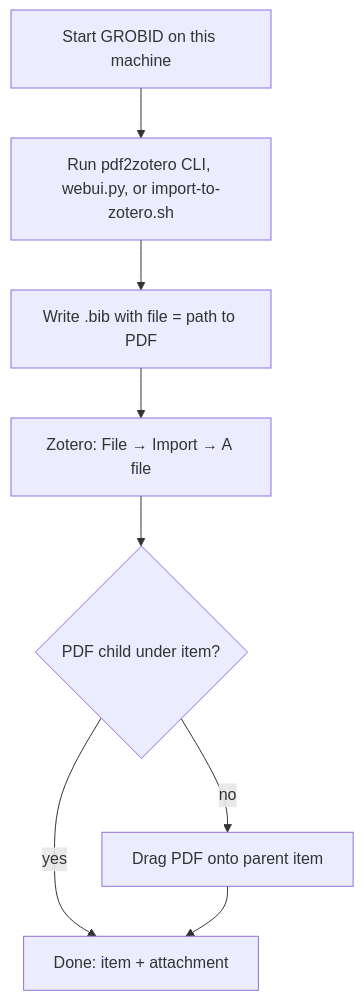
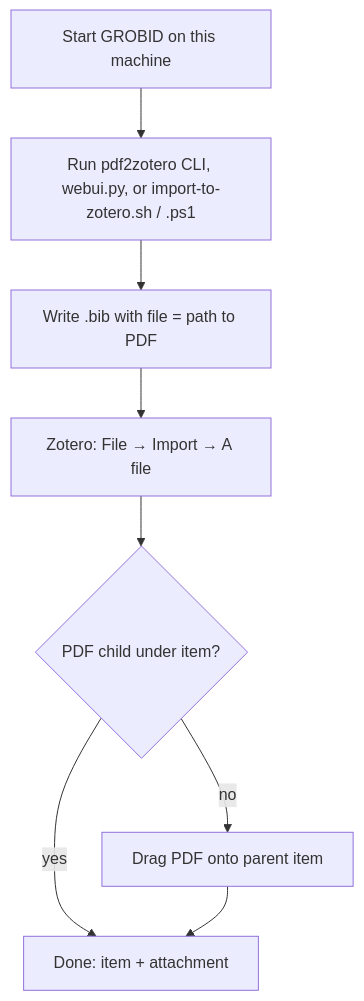
One commit to jensabrahamsson/pdf2zotero changed the second of 4 diagrams in README.md. Above: the diagram before and after it, drawn with Mermaid. The commit also changed other lines of this file and 12 other files, not shown here.

````diff
--- a/README.md
+++ b/README.md
@@ -68,10 +68,10 @@
 ```mermaid
 flowchart TD
-  A[Start GROBID on this machine] --> B[Run pdf2zotero CLI, webui.py, or import-to-zotero.sh]
+  A[Start GROBID on this machine] --> B[Run pdf2zotero CLI, webui.py, or import-to-zotero.sh / .ps1]
   B --> C["Write .bib with file = path to PDF"]
   C --> D["Zotero: File → Import → A file"]
   D --> E{PDF child under item?}
   E -->|yes| F[Done: item + attachment]
   E -->|no| G[Drag PDF onto parent item]
   G --> F
 ```
````
